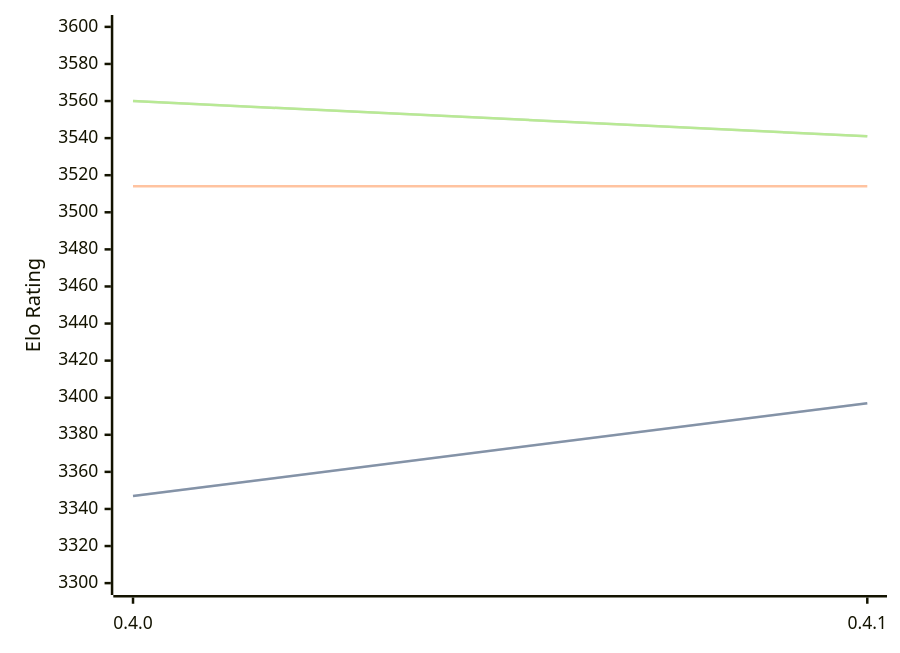
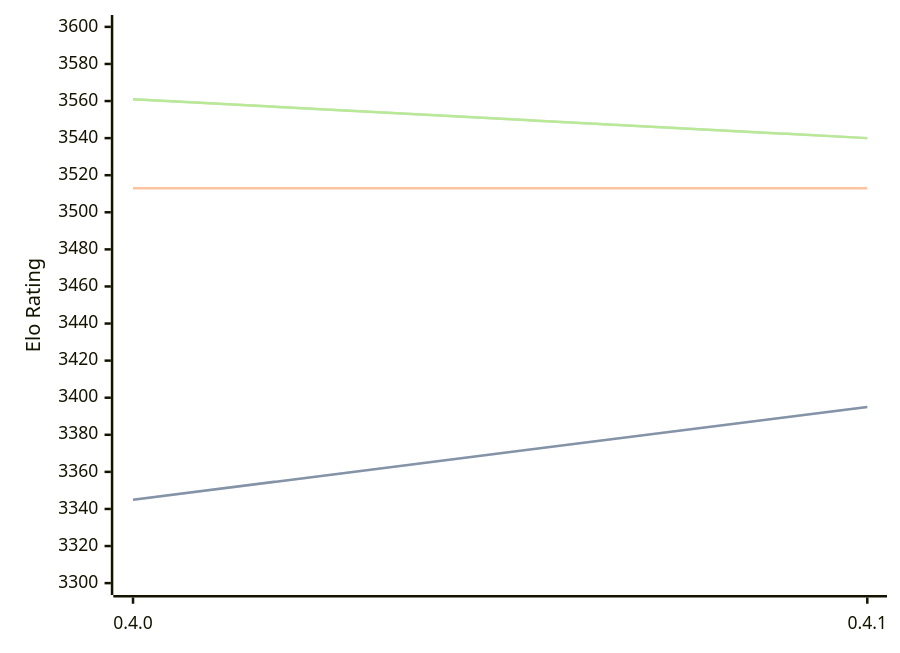
Before and after one commit to computer-chess-index/cci: the diagram in engines/Cinder.md, drawn with Mermaid. The commit also changed other lines of this file, not shown here.

Commit message:
Update CCI Ratings (ELO VLTC) - 2026-03-12

````diff
--- a/engines/Cinder.md
+++ b/engines/Cinder.md
@@ -38,11 +38,11 @@
 ```mermaid
 %%{init: {"theme":"base","themeVariables":{"seriesColors:['#a3a3a3','#222221','#faa371']}}}%%
 xychart-beta
   x-axis ["0.4.0", "0.4.1"]
   y-axis "Elo Rating" 3300 --> 3600
-  line "STC (8.0+0.08s)" [3347, 3397]
-  line "STC (8.0+0.08s)" [3347, 3397]
-  line "LTC (60.0+0.60s)" [3514, 3514]
-  line "VLTC (2m24s+1.12s)" [3560, 3541]
-  line "VLTC (2m24s+1.12s)" [3560, 3541]
+  line "STC (8.0+0.08s)" [3345, 3395]
+  line "STC (8.0+0.08s)" [3345, 3395]
+  line "LTC (60.0+0.60s)" [3513, 3513]
+  line "VLTC (2m24s+1.12s)" [3561, 3540]
+  line "VLTC (2m24s+1.12s)" [3561, 3540]
 ```
````
